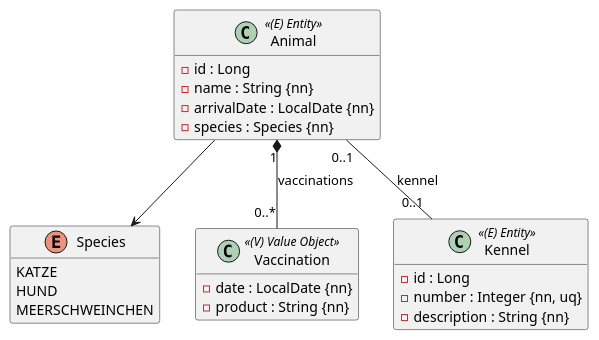
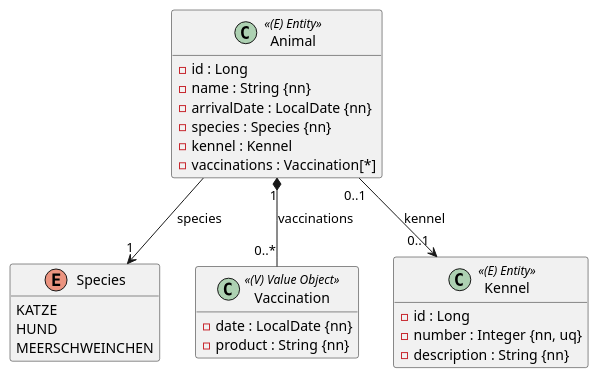
The diagram in src/content/pruefungen/exercises/02-tierheim.md (SJ2627-POS-Lernwerkstatt/SJ2627-POS-Lernwerkstatt.github.io), drawn with PlantUML before and after one commit. The commit also changed 3 other files, not shown here.

Commit message:
fix: exam UML 1-4 shows every reference as an attribute (Type[*] for collections); one-way relations as directed edges

````diff
--- a/src/content/pruefungen/exercises/02-tierheim.md
+++ b/src/content/pruefungen/exercises/02-tierheim.md
@@ -39,33 +39,35 @@
 ```plantuml
 @startuml
 hide empty methods
 
 enum Species {
   KATZE
   HUND
   MEERSCHWEINCHEN
 }
 
 class Vaccination <<(V) Value Object>> {
   - date : LocalDate {nn}
   - product : String {nn}
 }
 
 class Kennel <<(E) Entity>> {
   - id : Long
   - number : Integer {nn, uq}
   - description : String {nn}
 }
 
 class Animal <<(E) Entity>> {
   - id : Long
   - name : String {nn}
   - arrivalDate : LocalDate {nn}
   - species : Species {nn}
+  - kennel : Kennel
+  - vaccinations : Vaccination[*]
 }
 
-Animal "0..1" -- "0..1" Kennel : kennel
+Animal "0..1" --> "0..1" Kennel : kennel
 Animal "1" *-- "0..*" Vaccination : vaccinations
-Animal --> Species
+Animal --> "1" Species : species
 @enduml
 ```
````
